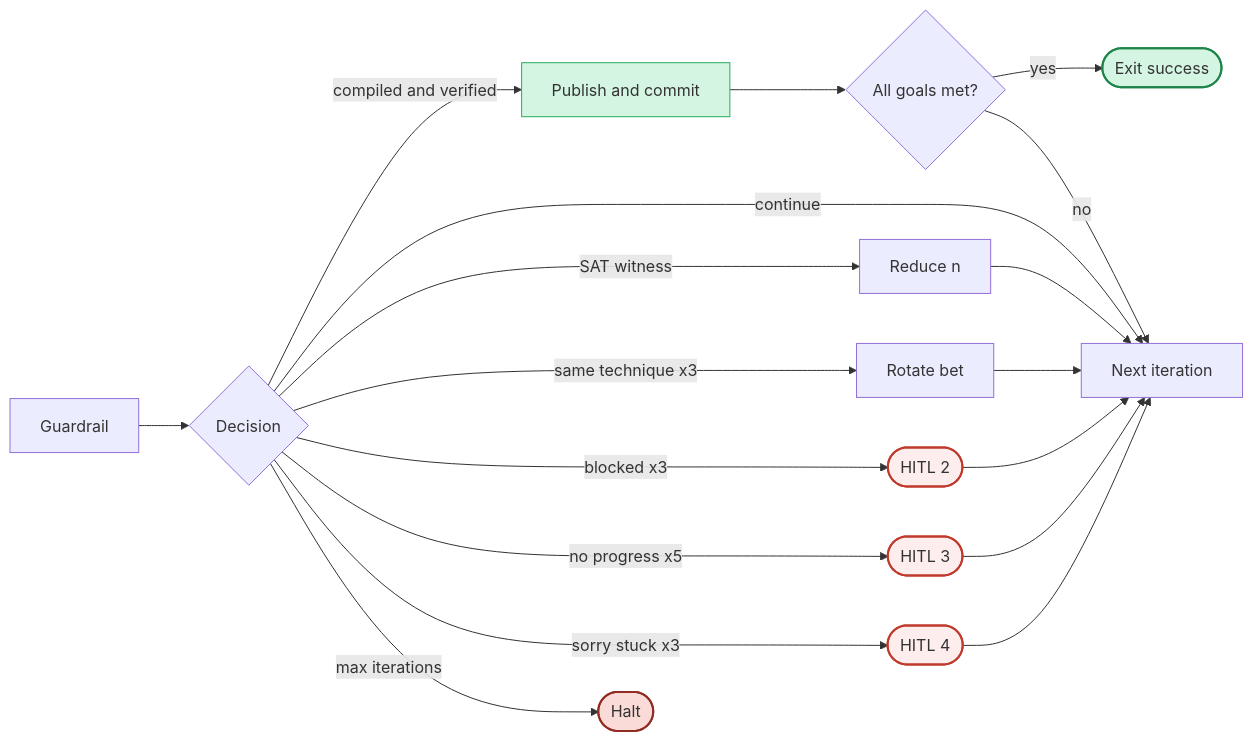
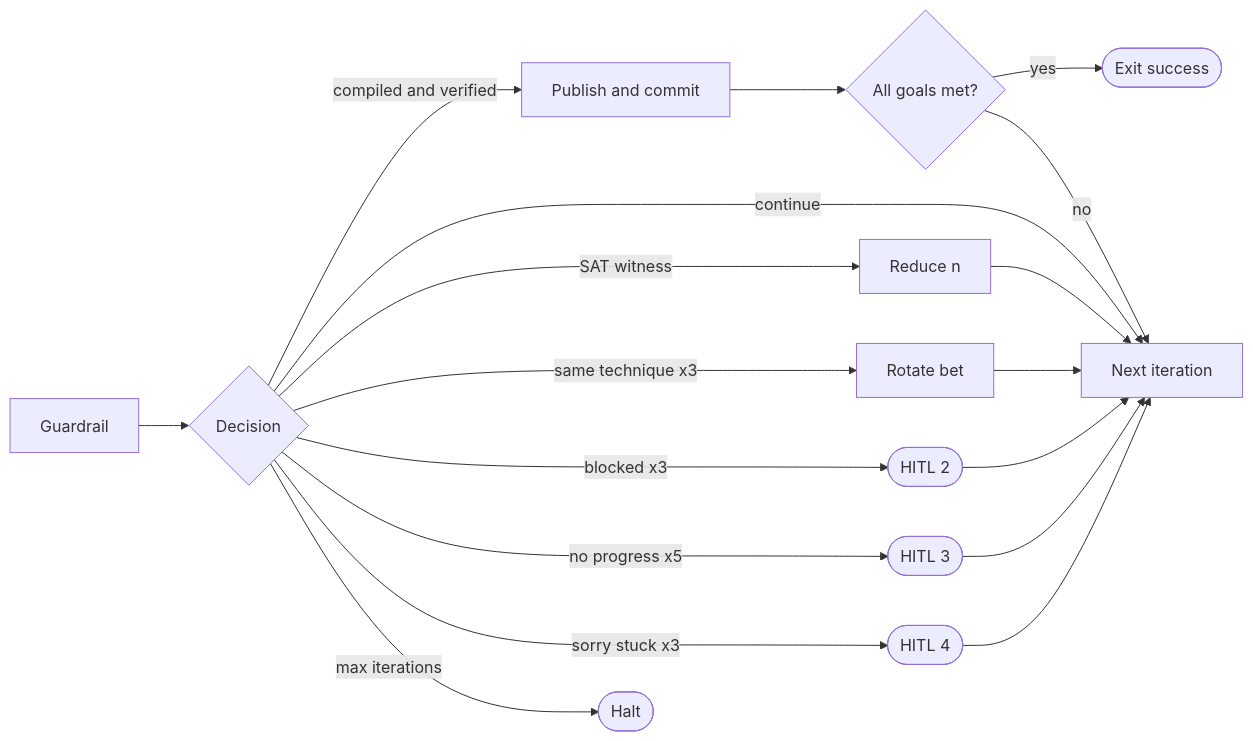
Before and after one commit to astrogirlnim/SATurday: the second of 2 diagrams in .cursor/skills/run-oracle/SKILL.md, drawn with Mermaid. The commit also changed other lines of this file, not shown here.

````diff
--- a/.cursor/skills/run-oracle/SKILL.md
+++ b/.cursor/skills/run-oracle/SKILL.md
@@ -44,29 +41,22 @@
 ```mermaid
 flowchart LR
     G[Guardrail] --> D1{Decision}
     D1 -- compiled and verified --> PUBLISH[Publish and commit]
     D1 -- continue --> LOOP[Next iteration]
     D1 -- SAT witness --> REDUCE[Reduce n]
     D1 -- same technique x3 --> ROTATE[Rotate bet]
     D1 -- blocked x3 --> H2([HITL 2])
     D1 -- no progress x5 --> H3([HITL 3])
     D1 -- sorry stuck x3 --> H4([HITL 4])
     D1 -- max iterations --> HALT([Halt])
 
     PUBLISH --> GOAL{All goals met?}
     GOAL -- yes --> DONE([Exit success])
     GOAL -- no --> LOOP
 
     REDUCE --> LOOP
     ROTATE --> LOOP
     H2 --> LOOP
     H3 --> LOOP
     H4 --> LOOP
-
-    style H2 fill:#fdedec,stroke:#c0392b,stroke-width:2px
-    style H3 fill:#fdedec,stroke:#c0392b,stroke-width:2px
-    style H4 fill:#fdedec,stroke:#c0392b,stroke-width:2px
-    style PUBLISH fill:#d5f5e3,stroke:#27ae60
-    style DONE fill:#d5f5e3,stroke:#1e8449,stroke-width:2px
-    style HALT fill:#fadbd8,stroke:#922b21,stroke-width:2px
 ```
````
